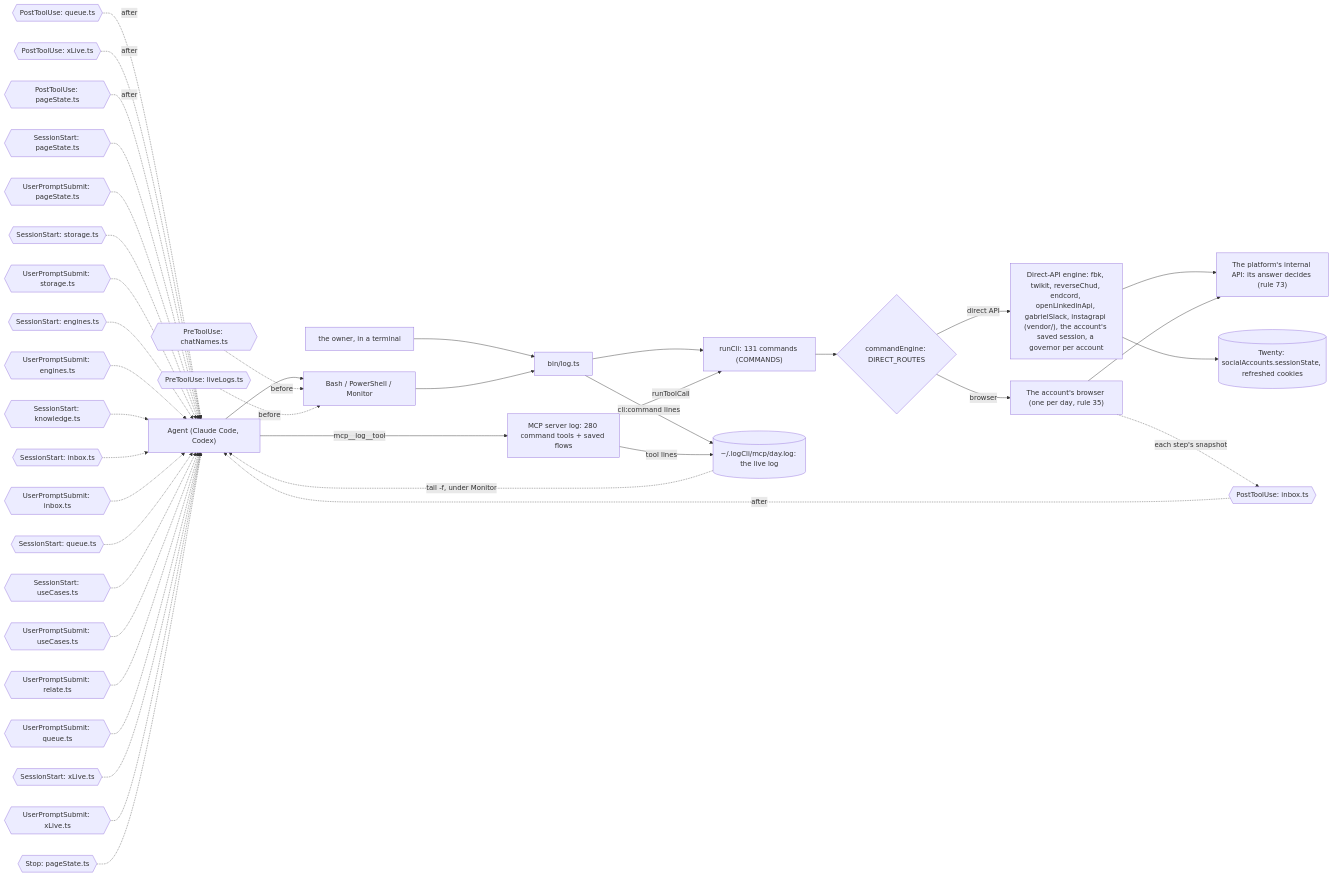
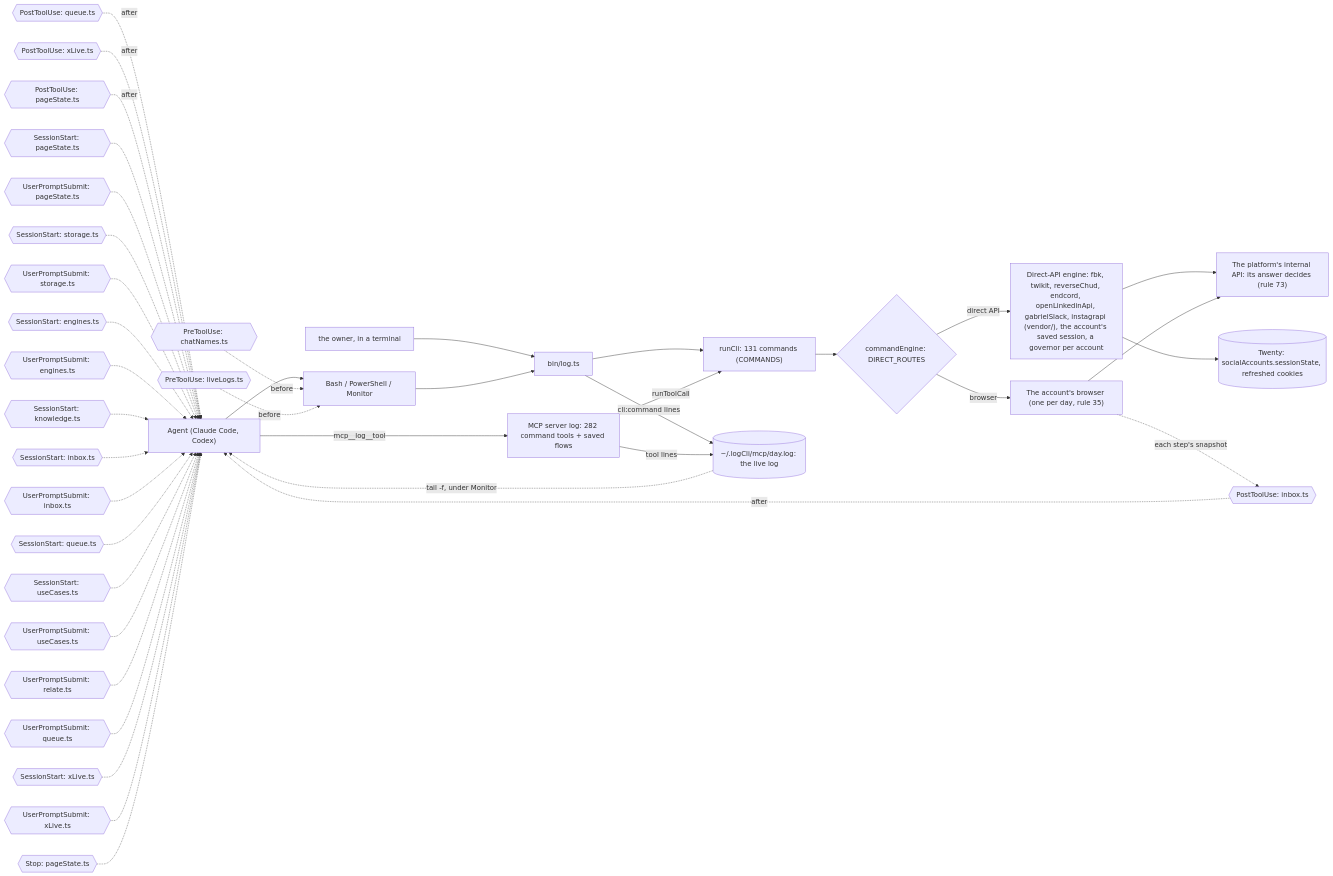
One commit to aggelos-pappas/log changed the diagram in docs/diagrams/surface.mmd. Above: the diagram before and after it, drawn with Mermaid. The commit also changed 16 other files, not shown here.

```diff
--- a/docs/diagrams/surface.mmd
+++ b/docs/diagrams/surface.mmd
@@ -1,54 +1,54 @@
 %% How a call reaches log-cli. From a shell or over MCP, both run the same commands through `runCli`, write the same live log, and pass through the same hooks. `commandEngine` sends each command to the platform's direct API or to the account's browser.
 %% Written by `bun run docs:build` from the code (rule 56). Not edited by hand.
 flowchart LR
   agent["Agent (Claude Code, Codex)"]
   owner["the owner, in a terminal"]
   shell["Bash / PowerShell / Monitor"]
-  mcp["MCP server log: 280 command tools + saved flows"]
+  mcp["MCP server log: 282 command tools + saved flows"]
   bin["bin/log.ts"]
   runCli["runCli: 131 commands (COMMANDS)"]
   live[("~/.logCli/mcp/day.log: the live log")]
   engine{"commandEngine: DIRECT_ROUTES"}
   direct["Direct-API engine: fbk, twikit, reverseChud, endcord, openLinkedinApi, gabrielSlack, instagrapi (vendor/), the account's saved session, a governor per account"]
   browser["The account's browser (one per day, rule 35)"]
   api["The platform's internal API: its answer decides (rule 73)"]
   twenty[("Twenty: socialAccounts.sessionState, refreshed cookies")]
   agent --> shell
   owner --> bin
   shell --> bin
   agent -->|mcp__log__tool| mcp
   bin --> runCli
   mcp -->|runToolCall| runCli
   runCli --> engine
   engine -->|direct API| direct
   engine -->|browser| browser
   direct --> api
   browser --> api
   direct --> twenty
   bin -->|cli:command lines| live
   mcp -->|tool lines| live
   live -.->|tail -f, under Monitor| agent
   pre0{{"PreToolUse: chatNames.ts"}} -.->|before| shell
   pre1{{"PreToolUse: liveLogs.ts"}} -.->|before| shell
   post0{{"PostToolUse: inbox.ts"}} -.->|after| agent
   post1{{"PostToolUse: queue.ts"}} -.->|after| agent
   post2{{"PostToolUse: xLive.ts"}} -.->|after| agent
   post3{{"PostToolUse: pageState.ts"}} -.->|after| agent
   turn0{{"SessionStart: pageState.ts"}} -.-> agent
   turn1{{"UserPromptSubmit: pageState.ts"}} -.-> agent
   turn2{{"SessionStart: storage.ts"}} -.-> agent
   turn3{{"UserPromptSubmit: storage.ts"}} -.-> agent
   turn4{{"SessionStart: engines.ts"}} -.-> agent
   turn5{{"UserPromptSubmit: engines.ts"}} -.-> agent
   turn6{{"SessionStart: knowledge.ts"}} -.-> agent
   turn7{{"SessionStart: inbox.ts"}} -.-> agent
   turn8{{"UserPromptSubmit: inbox.ts"}} -.-> agent
   turn9{{"SessionStart: queue.ts"}} -.-> agent
   turn10{{"SessionStart: useCases.ts"}} -.-> agent
   turn11{{"UserPromptSubmit: useCases.ts"}} -.-> agent
   turn12{{"UserPromptSubmit: relate.ts"}} -.-> agent
   turn13{{"UserPromptSubmit: queue.ts"}} -.-> agent
   turn14{{"SessionStart: xLive.ts"}} -.-> agent
   turn15{{"UserPromptSubmit: xLive.ts"}} -.-> agent
   turn16{{"Stop: pageState.ts"}} -.-> agent
   browser -.->|each step's snapshot| post0
```
